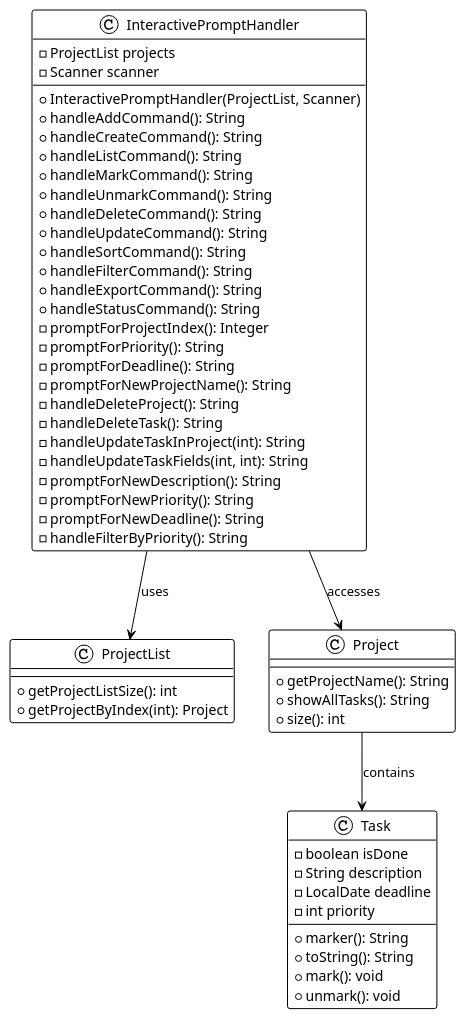
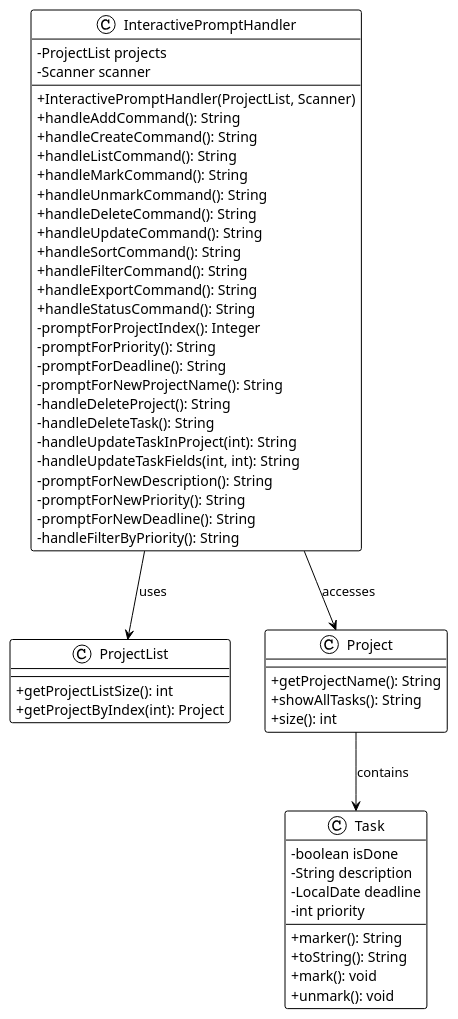
Before and after one commit to sean6369/tp: the diagram in docs/plantUML/interactive-prompt-handler/interactiveprompthandler-class-diagram.puml, drawn with PlantUML. The commit also changed 5 other files, not shown here.

First line of the commit message:
Update PlantUML diagrams with proper skinparams

```diff
--- a/docs/plantUML/interactive-prompt-handler/interactiveprompthandler-class-diagram.puml
+++ b/docs/plantUML/interactive-prompt-handler/interactiveprompthandler-class-diagram.puml
@@ -1,58 +1,60 @@
 @startuml InteractivePromptHandler Class Diagram
 !theme plain
+skinparam classAttributeIconSize 0
+hide stereotype
 
 class InteractivePromptHandler {
     -ProjectList projects
     -Scanner scanner
     +InteractivePromptHandler(ProjectList, Scanner)
     +handleAddCommand(): String
     +handleCreateCommand(): String
     +handleListCommand(): String
     +handleMarkCommand(): String
     +handleUnmarkCommand(): String
     +handleDeleteCommand(): String
     +handleUpdateCommand(): String
     +handleSortCommand(): String
     +handleFilterCommand(): String
     +handleExportCommand(): String
     +handleStatusCommand(): String
     -promptForProjectIndex(): Integer
     -promptForPriority(): String
     -promptForDeadline(): String
     -promptForNewProjectName(): String
     -handleDeleteProject(): String
     -handleDeleteTask(): String
     -handleUpdateTaskInProject(int): String
     -handleUpdateTaskFields(int, int): String
     -promptForNewDescription(): String
     -promptForNewPriority(): String
     -promptForNewDeadline(): String
     -handleFilterByPriority(): String
 }
 
 class ProjectList {
     +getProjectListSize(): int
     +getProjectByIndex(int): Project
 }
 
 class Project {
     +getProjectName(): String
     +showAllTasks(): String
     +size(): int
 }
 
 class Task {
     -boolean isDone
     -String description
     -LocalDate deadline
     -int priority
     +marker(): String
     +toString(): String
     +mark(): void
     +unmark(): void
 }
 
 InteractivePromptHandler --> ProjectList : uses
 InteractivePromptHandler --> Project : accesses
 Project --> Task : contains
 @enduml
```
